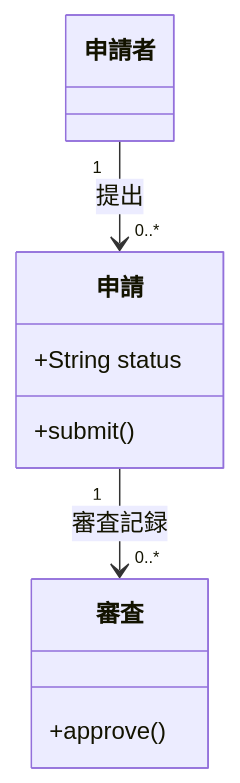
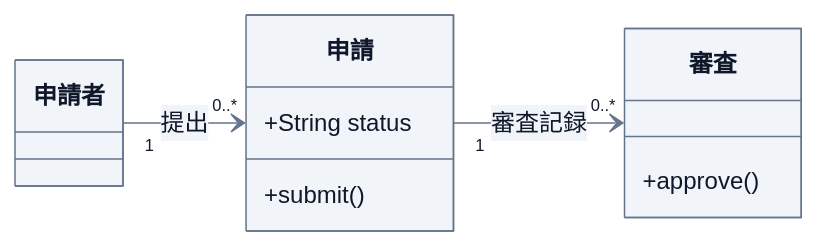
One commit to Wataru-Toriumi/agent-skills changed the diagram in plugins/sketch/skills/draw-mermaid/examples/class.md. Above: the diagram before and after it, drawn with Mermaid. The commit also changed other lines of this file and 7 other files, not shown here.

Commit message:
docs(sketch): polish Mermaid example layouts

````diff
--- a/plugins/sketch/skills/draw-mermaid/examples/class.md
+++ b/plugins/sketch/skills/draw-mermaid/examples/class.md
@@ -6,13 +6,30 @@
 ```mermaid
+---
+config:
+  theme: base
+  look: classic
+  fontFamily: sans-serif
+  themeVariables:
+    primaryColor: "#F1F5F9"
+    primaryTextColor: "#0F172A"
+    primaryBorderColor: "#64748B"
+    lineColor: "#64748B"
+    secondaryColor: "#F8FAFC"
+    tertiaryColor: "#FFFFFF"
+  class:
+    nodeSpacing: 40
+    rankSpacing: 64
+---
 classDiagram
+    direction LR
     class Application["申請"] {
         +String status
         +submit()
     }
     class Applicant["申請者"]
     class Review["審査"] {
         +approve()
     }
     Applicant "1" --> "0..*" Application : 提出
     Application "1" --> "0..*" Review : 審査記録
 ```
````
